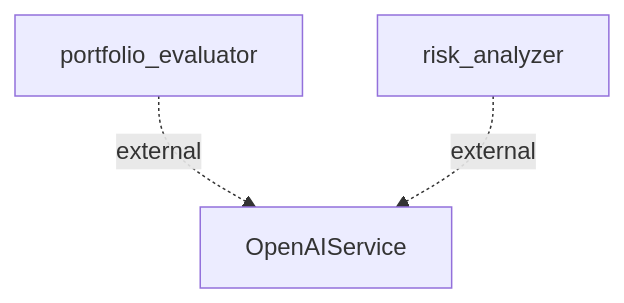
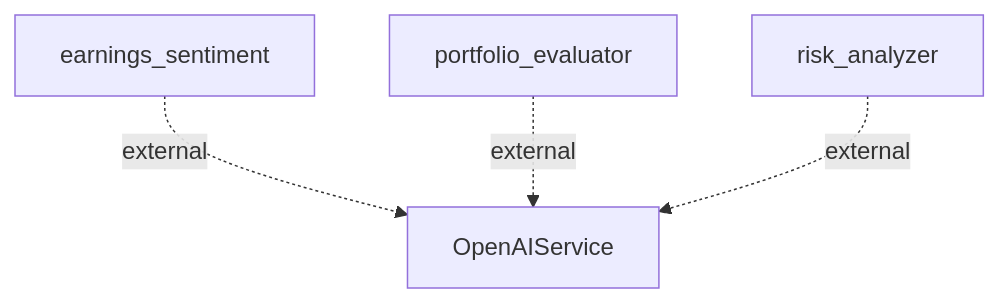
One commit to kyomangold/AI-StockPredictor changed the diagram in INFORMATION_FLOWS.generated.md. Above: the diagram before and after it, drawn with Mermaid. The commit also changed other lines of this file, not shown here.

Commit message:
docs: update information flows

````diff
--- a/INFORMATION_FLOWS.generated.md
+++ b/INFORMATION_FLOWS.generated.md
@@ -19,5 +22,6 @@
 ```mermaid
 flowchart TD
+    earnings_sentiment -.->|external| OpenAIService
     portfolio_evaluator -.->|external| OpenAIService
     risk_analyzer -.->|external| OpenAIService
 ```
````
